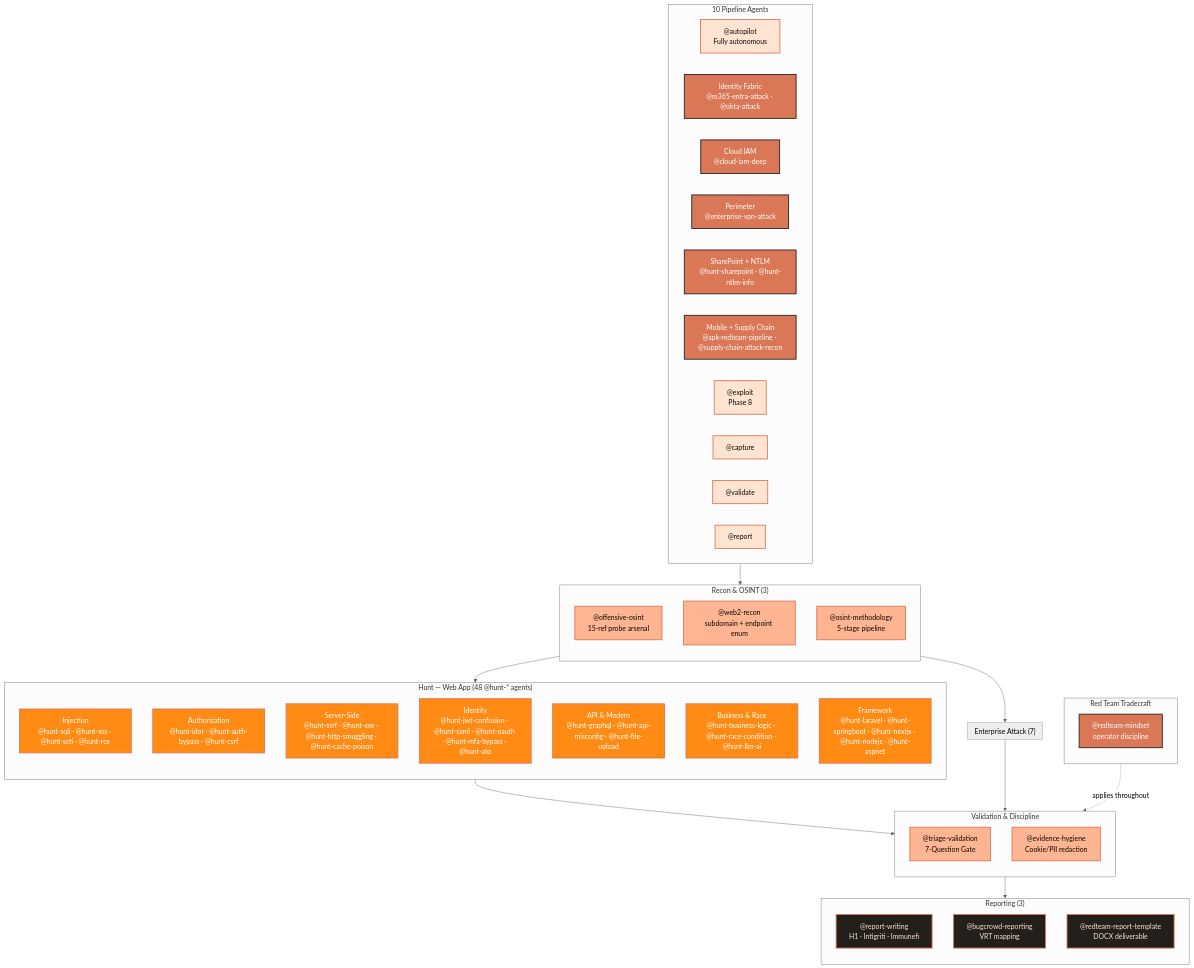
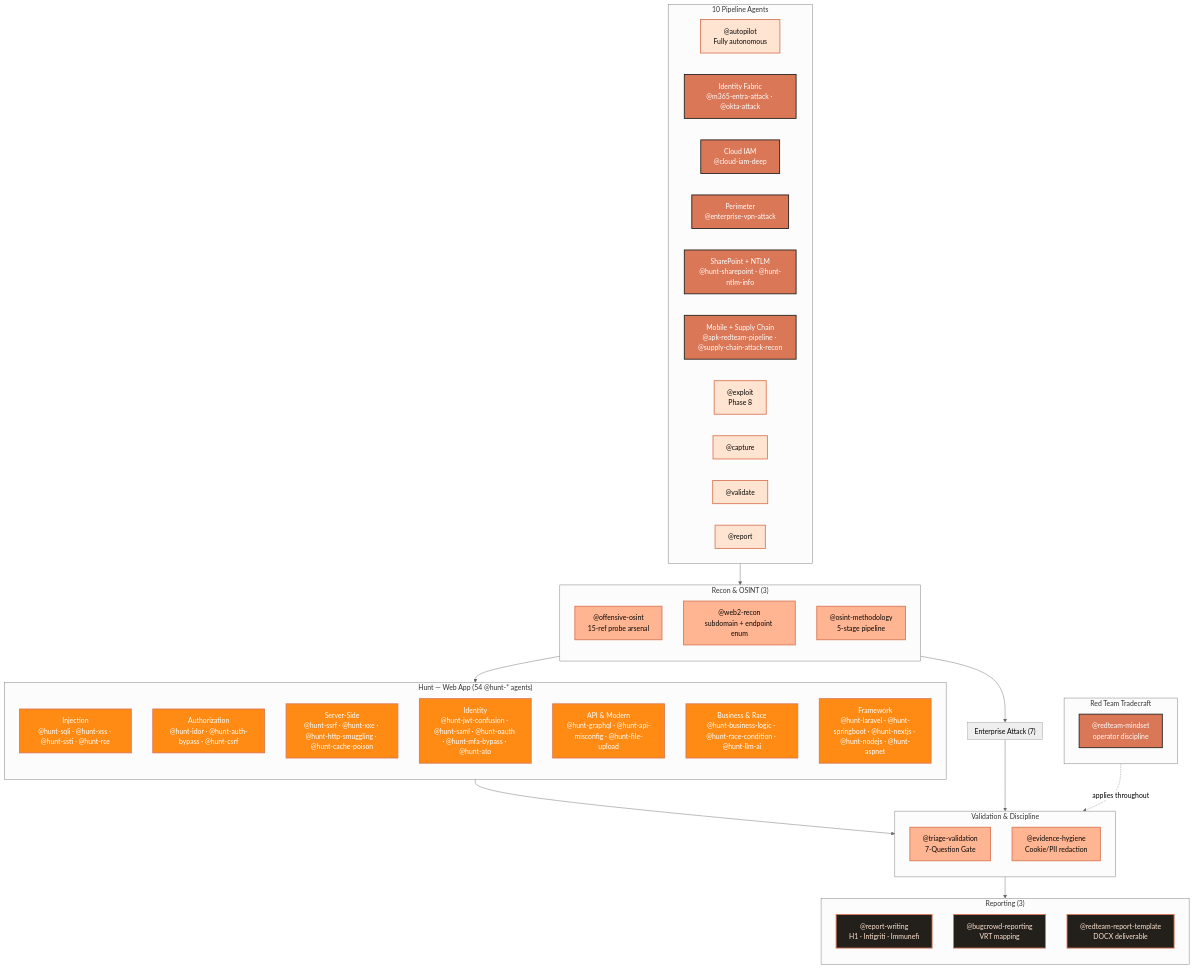
The first of 2 diagrams in README.md (manojxshrestha/dristi), drawn with Mermaid (neutral theme) before and after one commit. The commit also changed other lines of this file and 43 other files, not shown here.

````diff
--- a/README.md
+++ b/README.md
@@ -96,78 +97,78 @@
 ```mermaid
 graph TB
     classDef pipeline fill:#FFE4D1,stroke:#DA7756,stroke-width:2px,color:#080705
     classDef recon fill:#FFB591,stroke:#DA7756,stroke-width:2px,color:#080705
     classDef hunt fill:#FF8B14,stroke:#DA7756,stroke-width:2px,color:#fff
     classDef platform fill:#DA7756,stroke:#23201C,stroke-width:2px,color:#fff
     classDef mobile fill:#E8A87C,stroke:#DA7756,stroke-width:2px,color:#080705
     classDef redteam fill:#DA7756,stroke:#23201C,stroke-width:2px,color:#fff
     classDef validate fill:#FFB591,stroke:#DA7756,stroke-width:2px,color:#080705
     classDef report fill:#23201C,stroke:#DA7756,stroke-width:2px,color:#FFE4D1
 
     subgraph PIPELINE ["10 Pipeline Agents"]
         direction LR
         P0["@autopilot<br/>Fully autonomous"]:::pipeline
         P1["@consult<br/>Interactive mode"]:::pipeline
         P2["@scope"]:::pipeline
         P3["@recon"]:::pipeline
         P4["@surface"]:::pipeline
         P5["@hunt"]:::pipeline
         P5a["@exploit<br/>Phase 8"]:::pipeline
         P6["@capture"]:::pipeline
         P7["@validate"]:::pipeline
         P8["@report"]:::pipeline
     end
 
     subgraph RECON ["Recon & OSINT (3)"]
         direction TB
         R1["@offensive-osint<br/>15-ref probe arsenal"]:::recon
         R2["@web2-recon<br/>subdomain + endpoint enum"]:::recon
         R3["@osint-methodology<br/>5-stage pipeline"]:::recon
     end
 
-    subgraph HUNT ["Hunt — Web App (48 @hunt-* agents)"]
+    subgraph HUNT ["Hunt — Web App (54 @hunt-* agents)"]
         direction TB
         H1["Injection<br/>@hunt-sqli · @hunt-xss · @hunt-ssti · @hunt-rce"]:::hunt
         H2["Authorization<br/>@hunt-idor · @hunt-auth-bypass · @hunt-csrf"]:::hunt
         H3["Server-Side<br/>@hunt-ssrf · @hunt-xxe · @hunt-http-smuggling · @hunt-cache-poison"]:::hunt
         H4["Identity<br/>@hunt-jwt-confusion · @hunt-saml · @hunt-oauth · @hunt-mfa-bypass · @hunt-ato"]:::hunt
         H5["API & Modern<br/>@hunt-graphql · @hunt-api-misconfig · @hunt-file-upload"]:::hunt
         H6["Business & Race<br/>@hunt-business-logic · @hunt-race-condition · @hunt-llm-ai"]:::hunt
         H7["Framework<br/>@hunt-laravel · @hunt-springboot · @hunt-nextjs · @hunt-nodejs · @hunt-aspnet"]:::hunt
     end
 
     subgraph PLATFORM ["Enterprise Attack (7)"]
         direction TB
         P1["Identity Fabric<br/>@m365-entra-attack · @okta-attack"]:::platform
         P2["Cloud IAM<br/>@cloud-iam-deep"]:::platform
         P3["Perimeter<br/>@enterprise-vpn-attack"]:::platform
         P4["SharePoint + NTLM<br/>@hunt-sharepoint · @hunt-ntlm-info"]:::platform
         P5["Mobile + Supply Chain<br/>@apk-redteam-pipeline · @supply-chain-attack-recon"]:::platform
     end
 
     subgraph REDTEAM ["Red Team Tradecraft"]
         direction TB
         RT1["@redteam-mindset<br/>operator discipline"]:::redteam
     end
 
     subgraph VALIDATE ["Validation & Discipline"]
         direction TB
         V1["@triage-validation<br/>7-Question Gate"]:::validate
         V2["@evidence-hygiene<br/>Cookie/PII redaction"]:::validate
     end
 
     subgraph REPORT ["Reporting (3)"]
         direction TB
         E1["@report-writing<br/>H1 · Intigriti · Immunefi"]:::report
         E2["@bugcrowd-reporting<br/>VRT mapping"]:::report
         E3["@redteam-report-template<br/>DOCX deliverable"]:::report
     end
 
     PIPELINE --> RECON
     RECON --> HUNT
     RECON --> PLATFORM
     HUNT --> VALIDATE
     PLATFORM --> VALIDATE
     REDTEAM -.applies throughout.-> VALIDATE
     VALIDATE --> REPORT
 ```
````
